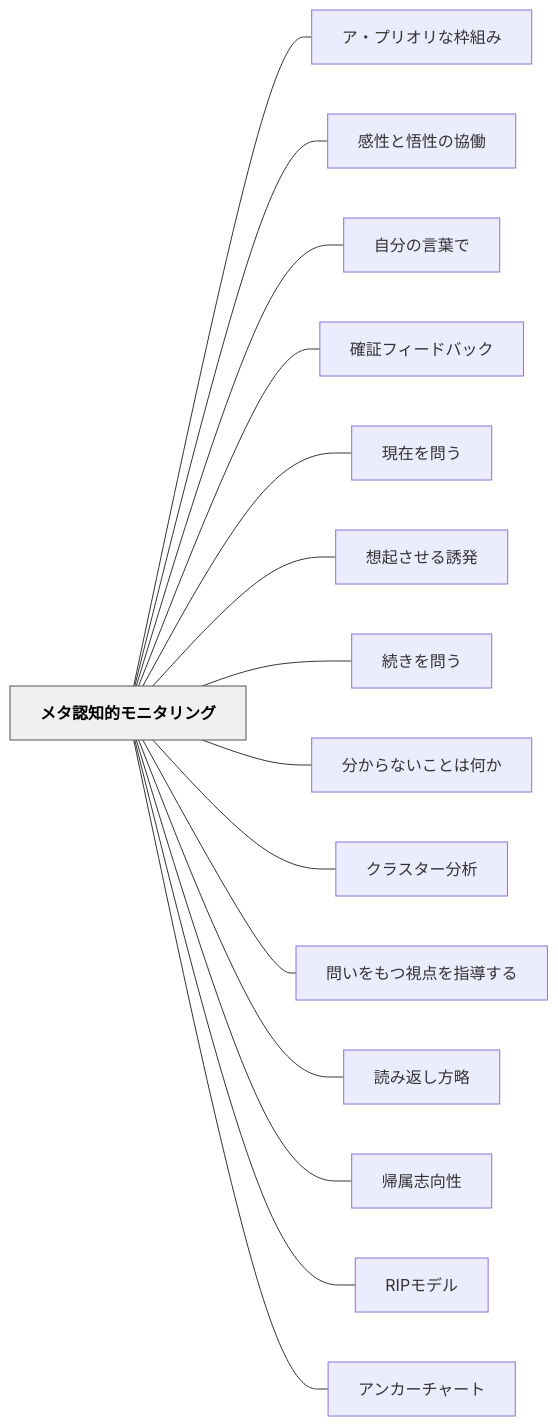
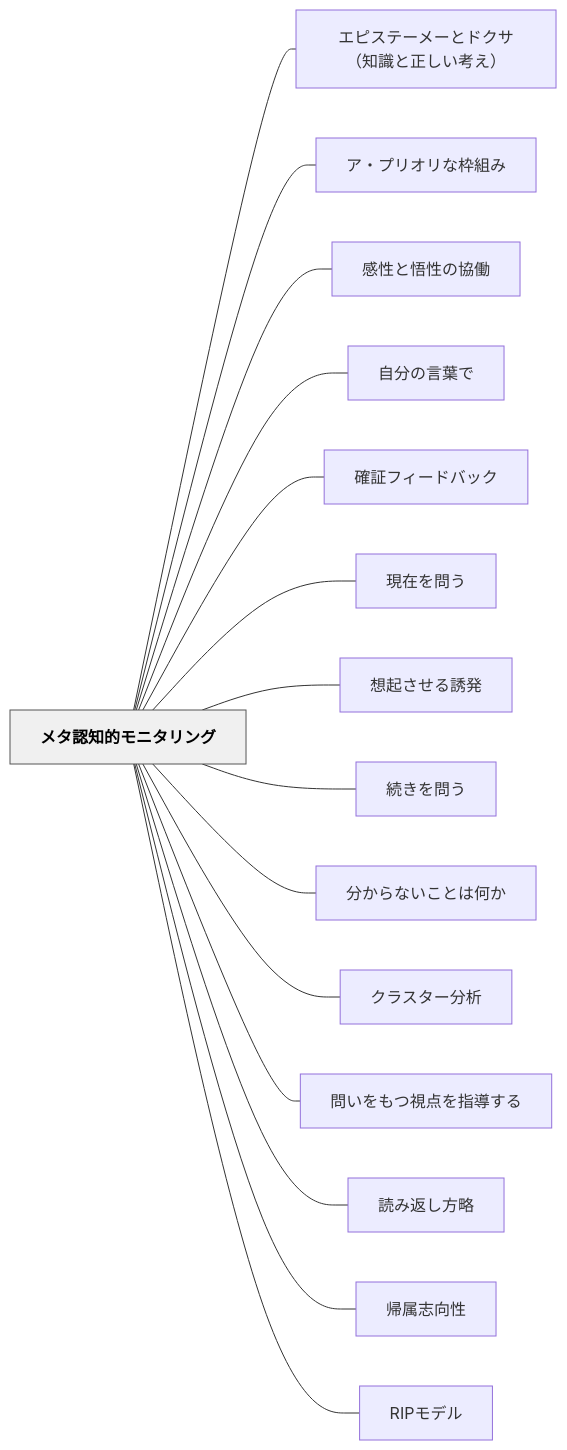
One commit to unknownthings-ed-patterns/unknownthings-ed-patterns changed the diagram in content/パタン/メタ認知的モニタリング.md. Above: the diagram before and after it, drawn with Mermaid. The commit also changed other lines of this file and 17 other files, not shown here.

````diff
--- a/content/パタン/メタ認知的モニタリング.md
+++ b/content/パタン/メタ認知的モニタリング.md
@@ -141,36 +141,36 @@
 ```mermaid
 flowchart LR
     ne383a1e382bfe8aa8de79fa5e79a84e383a2e3838be382bfe383aae383b3e382b0["メタ認知的モニタリング"]
+    ne382a8e38394e382b9e38386e383bce383a1e383bce381a8e38389e382afe382b5efbc88e79fa5e8ad98e381a8e6ada3e38197e38184e88083e38188efbc89["エピステーメーとドクサ（知識と正しい考え）"]
     ne382a2e383bbe38397e383aae382aae383aae381aae69ea0e7b584e381bf["ア・プリオリな枠組み"]
     ne6849fe680a7e381a8e6829fe680a7e381aee58d94e5838d["感性と悟性の協働"]
     ne887aae58886e381aee8a880e89189e381a7["自分の言葉で"]
     ne7a2bae8a8bce38395e382a3e383bce38389e38390e38383e382af["確証フィードバック"]
     ne78fbee59ca8e38292e5958fe38186["現在を問う"]
     ne683b3e8b5b7e38195e3819be3828be8aa98e799ba["想起させる誘発"]
     ne7b69ae3818de38292e5958fe38186["続きを問う"]
     ne58886e3818be38289e381aae38184e38193e381a8e381afe4bd95e3818b["分からないことは何か"]
     ne382afe383a9e382b9e382bfe383bce58886e69e90["クラスター分析"]
     ne5958fe38184e38292e38282e381a4e8a696e782b9e38292e68c87e5b08ee38199e3828b["問いをもつ視点を指導する"]
     ne8aaade381bfe8bf94e38197e696b9e795a5["読み返し方略"]
     ne5b8b0e5b19ee5bf97e59091e680a7["帰属志向性"]
     n524950e383a2e38387e383ab["RIPモデル"]
-    ne382a2e383b3e382abe383bce38381e383a3e383bce38388["アンカーチャート"]
 
+    ne383a1e382bfe8aa8de79fa5e79a84e383a2e3838be382bfe383aae383b3e382b0 --- ne382a8e38394e382b9e38386e383bce383a1e383bce381a8e38389e382afe382b5efbc88e79fa5e8ad98e381a8e6ada3e38197e38184e88083e38188efbc89
     ne383a1e382bfe8aa8de79fa5e79a84e383a2e3838be382bfe383aae383b3e382b0 --- ne382a2e383bbe38397e383aae382aae383aae381aae69ea0e7b584e381bf
     ne383a1e382bfe8aa8de79fa5e79a84e383a2e3838be382bfe383aae383b3e382b0 --- ne6849fe680a7e381a8e6829fe680a7e381aee58d94e5838d
     ne383a1e382bfe8aa8de79fa5e79a84e383a2e3838be382bfe383aae383b3e382b0 --- ne887aae58886e381aee8a880e89189e381a7
     ne383a1e382bfe8aa8de79fa5e79a84e383a2e3838be382bfe383aae383b3e382b0 --- ne7a2bae8a8bce38395e382a3e383bce38389e38390e38383e382af
     ne383a1e382bfe8aa8de79fa5e79a84e383a2e3838be382bfe383aae383b3e382b0 --- ne78fbee59ca8e38292e5958fe38186
     ne383a1e382bfe8aa8de79fa5e79a84e383a2e3838be382bfe383aae383b3e382b0 --- ne683b3e8b5b7e38195e3819be3828be8aa98e799ba
     ne383a1e382bfe8aa8de79fa5e79a84e383a2e3838be382bfe383aae383b3e382b0 --- ne7b69ae3818de38292e5958fe38186
     ne383a1e382bfe8aa8de79fa5e79a84e383a2e3838be382bfe383aae383b3e382b0 --- ne58886e3818be38289e381aae38184e38193e381a8e381afe4bd95e3818b
     ne383a1e382bfe8aa8de79fa5e79a84e383a2e3838be382bfe383aae383b3e382b0 --- ne382afe383a9e382b9e382bfe383bce58886e69e90
     ne383a1e382bfe8aa8de79fa5e79a84e383a2e3838be382bfe383aae383b3e382b0 --- ne5958fe38184e38292e38282e381a4e8a696e782b9e38292e68c87e5b08ee38199e3828b
     ne383a1e382bfe8aa8de79fa5e79a84e383a2e3838be382bfe383aae383b3e382b0 --- ne8aaade381bfe8bf94e38197e696b9e795a5
     ne383a1e382bfe8aa8de79fa5e79a84e383a2e3838be382bfe383aae383b3e382b0 --- ne5b8b0e5b19ee5bf97e59091e680a7
     ne383a1e382bfe8aa8de79fa5e79a84e383a2e3838be382bfe383aae383b3e382b0 --- n524950e383a2e38387e383ab
-    ne383a1e382bfe8aa8de79fa5e79a84e383a2e3838be382bfe383aae383b3e382b0 --- ne382a2e383b3e382abe383bce38381e383a3e383bce38388
 
     classDef hub fill:#f0f0f0,stroke:#555,color:#000,font-weight:bold
     class ne383a1e382bfe8aa8de79fa5e79a84e383a2e3838be382bfe383aae383b3e382b0 hub
 ```
````
